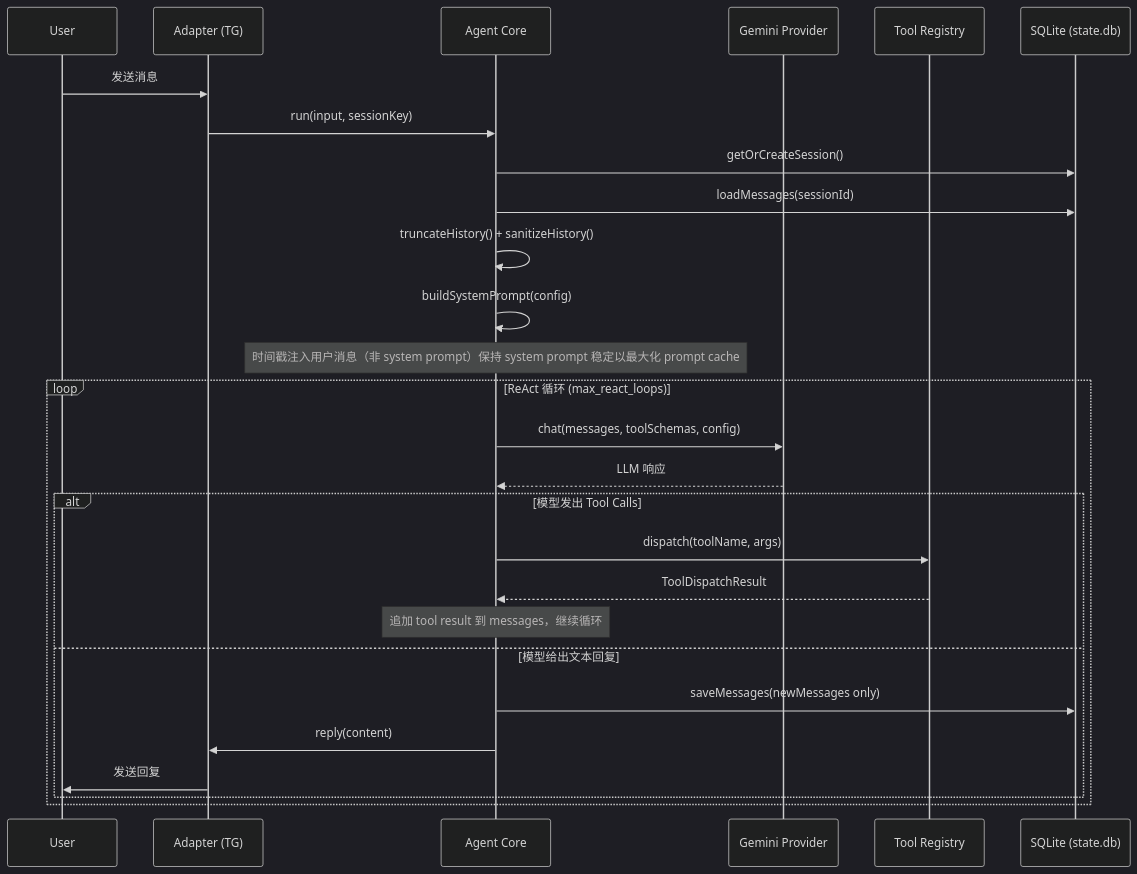
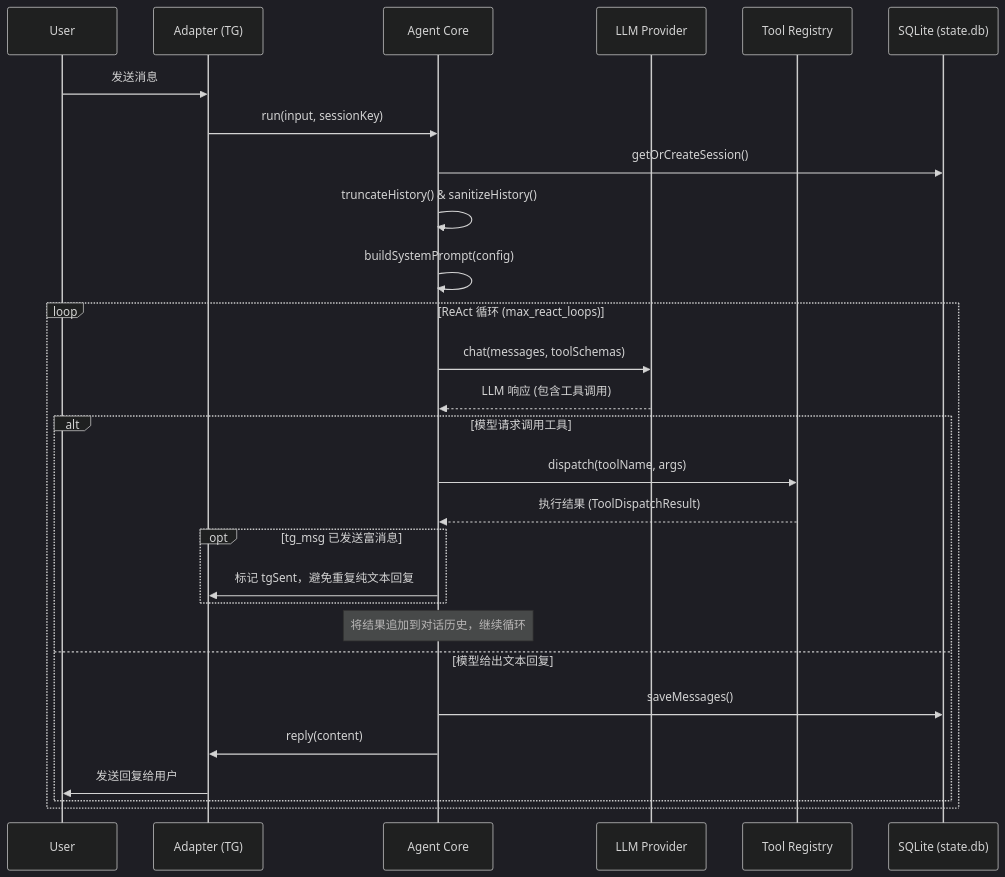
Before and after one commit to boltguo/anya: the diagram in README.md, drawn with Mermaid (dark theme). The commit also changed other lines of this file and 105 other files, not shown here.

````diff
--- a/README.md
+++ b/README.md
@@ -145,31 +195,33 @@
 ```mermaid
 sequenceDiagram
   participant User as User
   participant Adapter as Adapter (TG)
   participant Agent as Agent Core
-  participant Provider as Gemini Provider
+  participant Provider as LLM Provider
   participant Tools as Tool Registry
   participant DB as SQLite (state.db)
 
   User->>Adapter: 发送消息
   Adapter->>Agent: run(input, sessionKey)
   Agent->>DB: getOrCreateSession()
-  Agent->>DB: loadMessages(sessionId)
-  Agent->>Agent: truncateHistory() + sanitizeHistory()
+  Agent->>Agent: truncateHistory() & sanitizeHistory()
   Agent->>Agent: buildSystemPrompt(config)
-  Note over Agent: 时间戳注入用户消息（非 system prompt）保持 system prompt 稳定以最大化 prompt cache
 
   loop ReAct 循环 (max_react_loops)
-    Agent->>Provider: chat(messages, toolSchemas, config)
-    Provider-->>Agent: LLM 响应
-    alt 模型发出 Tool Calls
+    Agent->>Provider: chat(messages, toolSchemas)
+    Provider-->>Agent: LLM 响应 (包含工具调用)
+    
+    alt 模型请求调用工具
       Agent->>Tools: dispatch(toolName, args)
-      Tools-->>Agent: ToolDispatchResult
-      Note over Agent: 追加 tool result 到 messages，继续循环
+      Tools-->>Agent: 执行结果 (ToolDispatchResult)
+      opt tg_msg 已发送富消息
+        Agent->>Adapter: 标记 tgSent，避免重复纯文本回复
+      end
+      Note over Agent: 将结果追加到对话历史，继续循环
     else 模型给出文本回复
-      Agent->>DB: saveMessages(newMessages only)
+      Agent->>DB: saveMessages()
       Agent->>Adapter: reply(content)
-      Adapter->>User: 发送回复
+      Adapter->>User: 发送回复给用户
     end
   end
 ```
````
